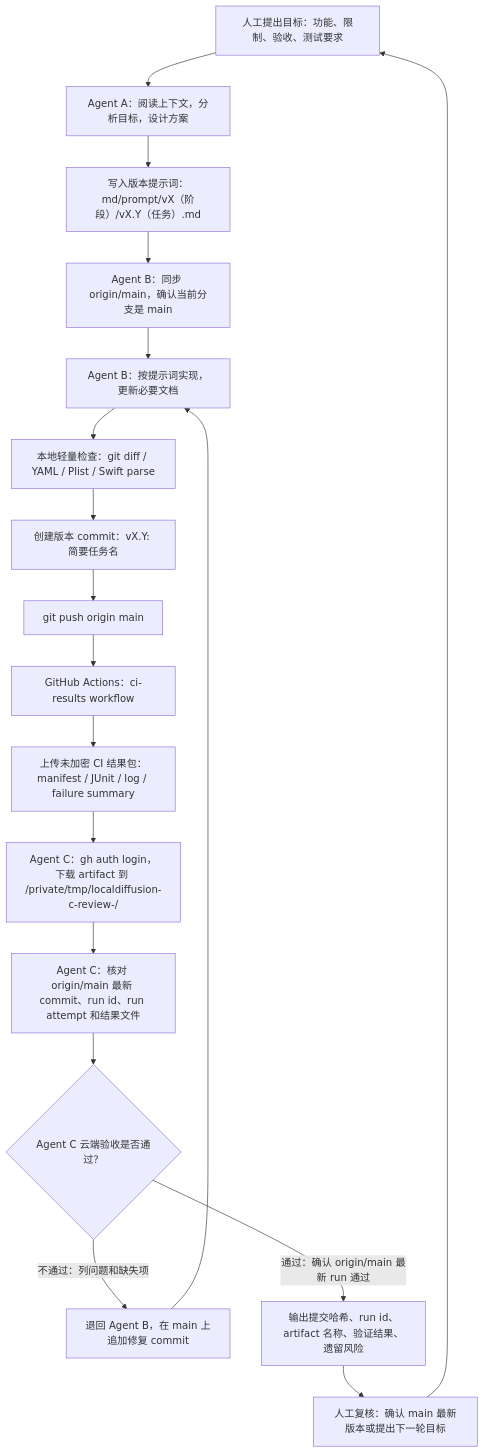
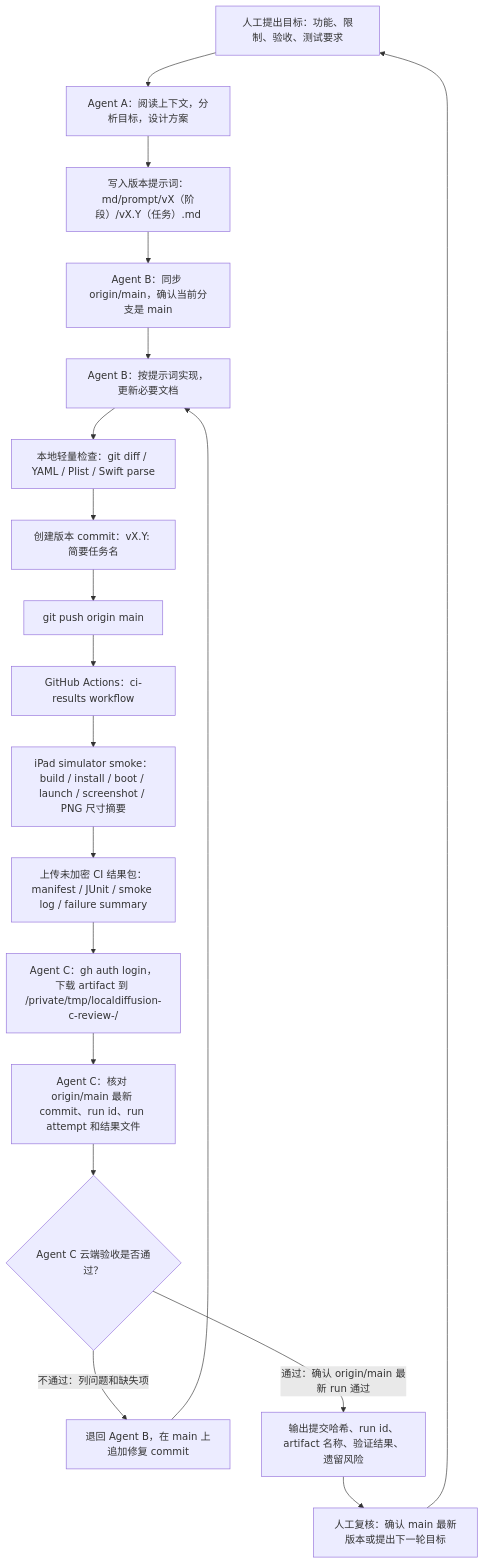
One commit to Altman-sam114/118 changed the sixth of 9 diagrams in md/flow/flowchart.md. Above: the diagram before and after it, drawn with Mermaid. The commit also changed 6 other files, not shown here.

Commit message:
v1.163: Add iPad simulator smoke CI contract

````diff
--- a/md/flow/flowchart.md
+++ b/md/flow/flowchart.md
@@ -146,20 +146,21 @@
 ```mermaid
 flowchart TD
   H["人工提出目标：功能、限制、验收、测试要求"] --> A1["Agent A：阅读上下文，分析目标，设计方案"]
   A1 --> P["写入版本提示词：md/prompt/vX（阶段）/vX.Y（任务）.md"]
   P --> B0["Agent B：同步 origin/main，确认当前分支是 main"]
   B0 --> B1["Agent B：按提示词实现，更新必要文档"]
   B1 --> T["本地轻量检查：git diff / YAML / Plist / Swift parse"]
   T --> G1["创建版本 commit：vX.Y: 简要任务名"]
   G1 --> PUSH["git push origin main"]
   PUSH --> ACT["GitHub Actions：ci-results workflow"]
-  ACT --> PKG["上传未加密 CI 结果包：manifest / JUnit / log / failure summary"]
+  ACT --> SMOKE["iPad simulator smoke：build / install / boot / launch / screenshot / PNG 尺寸摘要"]
+  SMOKE --> PKG["上传未加密 CI 结果包：manifest / JUnit / smoke log / failure summary"]
   PKG --> C0["Agent C：gh auth login，下载 artifact 到 /private/tmp/localdiffusion-c-review-<run_id>/"]
   C0 --> C1["Agent C：核对 origin/main 最新 commit、run id、run attempt 和结果文件"]
   C1 --> D{"Agent C 云端验收是否通过？"}
   D -- "不通过：列问题和缺失项" --> FB["退回 Agent B，在 main 上追加修复 commit"]
   FB --> B1
   D -- "通过：确认 origin/main 最新 run 通过" --> S["输出提交哈希、run id、artifact 名称、验证结果、遗留风险"]
   S --> H2["人工复核：确认 main 最新版本或提出下一轮目标"]
   H2 --> H
 ```
````
